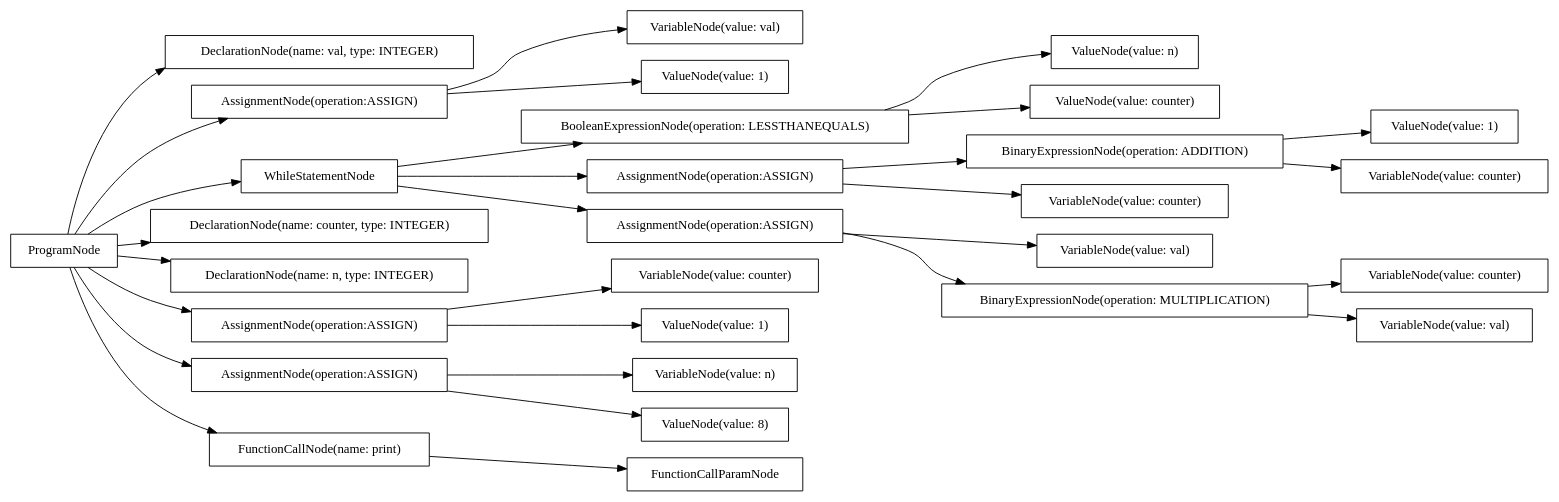
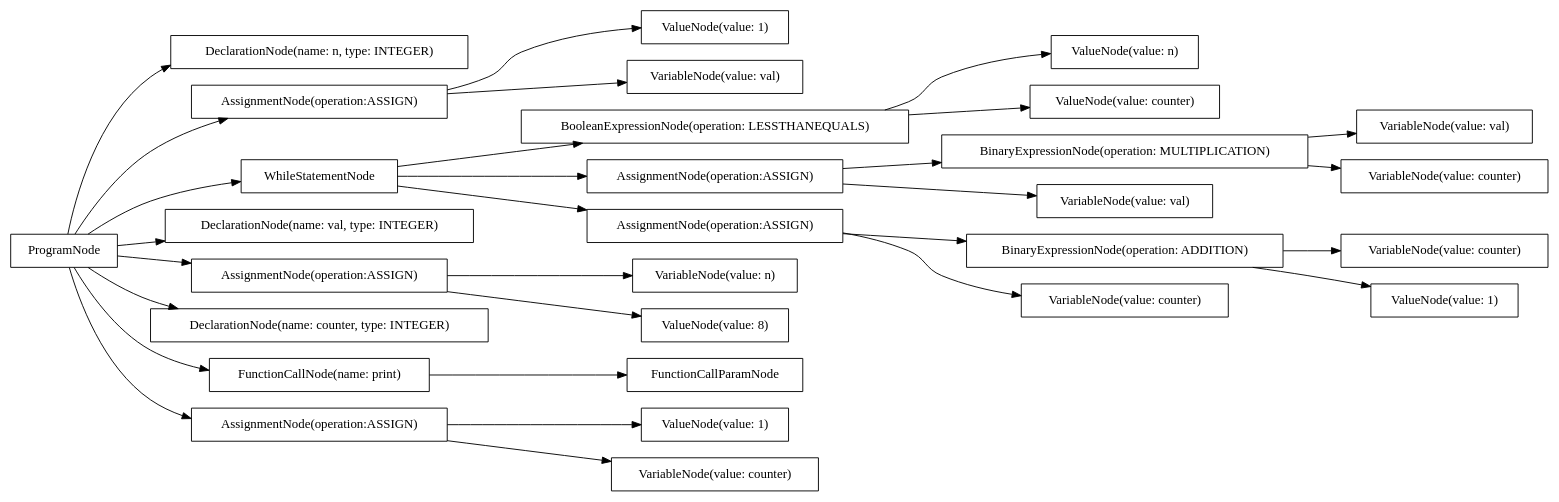
Before and after one commit to AtLeastITry/ANTLR-Python-Compiler: the diagram in src/output/dot/factorial.dot, drawn with Graphviz. The commit also changed 158 other files, not shown here.

```diff
--- a/src/output/dot/factorial.dot
+++ b/src/output/dot/factorial.dot
@@ -1,60 +1,60 @@
 digraph G {
 rankdir=LR
-"f8cfbce2-30ae-43c2-a820-a7e2fd7b3cf8" [label="DeclarationNode(name: val, type: INTEGER)" shape="box"];
-"64b37720-c6b8-45d6-ac85-f665cb10f6cc" [label="ValueNode(value: n)" shape="box"];
-"6b18e049-71f8-415d-b141-38cf7b669e19" [label="VariableNode(value: val)" shape="box"];
-"2b1aba3d-4f63-4f45-b8cd-f1e2370416ec" [label="ValueNode(value: 1)" shape="box"];
-"86cb04ed-694b-446d-a1ac-94e9e5c720c4" [label="VariableNode(value: counter)" shape="box"];
-"91133d2c-4d75-445e-af9b-0715fa2c2f30" [label="FunctionCallParamNode" shape="box"];
-"e8ed9464-a5f4-4350-955c-2956333b1554" [label="BinaryExpressionNode(operation: ADDITION)" shape="box"];
-"26db1778-60a9-408f-a289-7f45e0cce40e" [label="BooleanExpressionNode(operation: LESSTHANEQUALS)" shape="box"];
-"70209f5c-b9f5-49da-a56f-0ba18f87ed57" [label="AssignmentNode(operation:ASSIGN)" shape="box"];
-"061e845f-26f6-445c-a76f-34698f9102b3" [label="ValueNode(value: counter)" shape="box"];
-"b744151b-155c-4d46-841f-bec9d83f7fbc" [label="ValueNode(value: 1)" shape="box"];
-"f0c0fbbe-f2c7-4603-b2f6-f9f0a1ad7103" [label="VariableNode(value: n)" shape="box"];
-"1dd96569-57b9-487b-94e8-6acb14c18f46" [label="AssignmentNode(operation:ASSIGN)" shape="box"];
-"c973b78c-c1c3-4a80-a9ee-4d5332475e50" [label="VariableNode(value: val)" shape="box"];
-"a133177b-d76c-455a-83cc-3cda24a06a9f" [label="AssignmentNode(operation:ASSIGN)" shape="box"];
-"b4adac8a-dd41-4557-9127-2619a18935e6" [label="WhileStatementNode" shape="box"];
-"c04ef815-8f24-4c3b-8a60-c43d4a963cec" [label="DeclarationNode(name: counter, type: INTEGER)" shape="box"];
-"abbabc2e-34a8-412c-a13f-afaa0fe6d747" [label="DeclarationNode(name: n, type: INTEGER)" shape="box"];
-"866d3da2-8ac4-433e-97f6-5a4b4f4d26ed" [label="AssignmentNode(operation:ASSIGN)" shape="box"];
-"93886b37-8b1b-431a-9e94-cd67327f6a9a" [label="VariableNode(value: counter)" shape="box"];
-"6f07f1f1-7f25-46e7-8c65-b919caa21786" [label="AssignmentNode(operation:ASSIGN)" shape="box"];
-"387e690b-3d0f-4c92-aaac-7cfb0a813a12" [label="VariableNode(value: counter)" shape="box"];
-"e01184f6-ff38-4c59-b063-14eff49a6c61" [label="FunctionCallNode(name: print)" shape="box"];
-"569d7143-8894-436c-ad9d-c88824063b46" [label="ValueNode(value: 8)" shape="box"];
-"e4aedc0a-271b-45b7-899c-e84ce39adab4" [label="ProgramNode" shape="box"];
-"e8367766-290f-4cd7-8be5-de4281c168d7" [label="BinaryExpressionNode(operation: MULTIPLICATION)" shape="box"];
-"4ad0a625-0cbc-48e5-bd4d-5362409d8825" [label="VariableNode(value: counter)" shape="box"];
-"b4f94853-1311-44f8-a29e-ab8c9f82f86f" [label="VariableNode(value: val)" shape="box"];
-"9558eed1-3c01-4b43-9cd0-c891909c30eb" [label="ValueNode(value: 1)" shape="box"];
-"e4aedc0a-271b-45b7-899c-e84ce39adab4" -> "abbabc2e-34a8-412c-a13f-afaa0fe6d747";
-"e4aedc0a-271b-45b7-899c-e84ce39adab4" -> "f8cfbce2-30ae-43c2-a820-a7e2fd7b3cf8";
-"e4aedc0a-271b-45b7-899c-e84ce39adab4" -> "c04ef815-8f24-4c3b-8a60-c43d4a963cec";
-"e4aedc0a-271b-45b7-899c-e84ce39adab4" -> "6f07f1f1-7f25-46e7-8c65-b919caa21786";
-"6f07f1f1-7f25-46e7-8c65-b919caa21786" -> "f0c0fbbe-f2c7-4603-b2f6-f9f0a1ad7103";
-"6f07f1f1-7f25-46e7-8c65-b919caa21786" -> "569d7143-8894-436c-ad9d-c88824063b46";
-"e4aedc0a-271b-45b7-899c-e84ce39adab4" -> "a133177b-d76c-455a-83cc-3cda24a06a9f";
-"a133177b-d76c-455a-83cc-3cda24a06a9f" -> "6b18e049-71f8-415d-b141-38cf7b669e19";
-"a133177b-d76c-455a-83cc-3cda24a06a9f" -> "2b1aba3d-4f63-4f45-b8cd-f1e2370416ec";
-"e4aedc0a-271b-45b7-899c-e84ce39adab4" -> "866d3da2-8ac4-433e-97f6-5a4b4f4d26ed";
-"866d3da2-8ac4-433e-97f6-5a4b4f4d26ed" -> "86cb04ed-694b-446d-a1ac-94e9e5c720c4";
-"866d3da2-8ac4-433e-97f6-5a4b4f4d26ed" -> "9558eed1-3c01-4b43-9cd0-c891909c30eb";
-"e4aedc0a-271b-45b7-899c-e84ce39adab4" -> "b4adac8a-dd41-4557-9127-2619a18935e6";
-"b4adac8a-dd41-4557-9127-2619a18935e6" -> "26db1778-60a9-408f-a289-7f45e0cce40e";
-"26db1778-60a9-408f-a289-7f45e0cce40e" -> "061e845f-26f6-445c-a76f-34698f9102b3";
-"26db1778-60a9-408f-a289-7f45e0cce40e" -> "64b37720-c6b8-45d6-ac85-f665cb10f6cc";
-"b4adac8a-dd41-4557-9127-2619a18935e6" -> "1dd96569-57b9-487b-94e8-6acb14c18f46";
-"1dd96569-57b9-487b-94e8-6acb14c18f46" -> "c973b78c-c1c3-4a80-a9ee-4d5332475e50";
-"1dd96569-57b9-487b-94e8-6acb14c18f46" -> "e8367766-290f-4cd7-8be5-de4281c168d7";
-"e8367766-290f-4cd7-8be5-de4281c168d7" -> "b4f94853-1311-44f8-a29e-ab8c9f82f86f";
-"e8367766-290f-4cd7-8be5-de4281c168d7" -> "93886b37-8b1b-431a-9e94-cd67327f6a9a";
-"b4adac8a-dd41-4557-9127-2619a18935e6" -> "70209f5c-b9f5-49da-a56f-0ba18f87ed57";
-"70209f5c-b9f5-49da-a56f-0ba18f87ed57" -> "4ad0a625-0cbc-48e5-bd4d-5362409d8825";
-"70209f5c-b9f5-49da-a56f-0ba18f87ed57" -> "e8ed9464-a5f4-4350-955c-2956333b1554";
-"e8ed9464-a5f4-4350-955c-2956333b1554" -> "387e690b-3d0f-4c92-aaac-7cfb0a813a12";
-"e8ed9464-a5f4-4350-955c-2956333b1554" -> "b744151b-155c-4d46-841f-bec9d83f7fbc";
-"e4aedc0a-271b-45b7-899c-e84ce39adab4" -> "e01184f6-ff38-4c59-b063-14eff49a6c61";
-"e01184f6-ff38-4c59-b063-14eff49a6c61" -> "91133d2c-4d75-445e-af9b-0715fa2c2f30";
+"68c5933f-2069-454f-8bb2-ee48fbdb643c" [label="DeclarationNode(name: n, type: INTEGER)" shape="box"];
+"23cc881a-5896-4d45-9f3c-81e5ab8a11d7" [label="VariableNode(value: n)" shape="box"];
+"b94f4906-f63e-4e95-970b-37c44c4d40a4" [label="ValueNode(value: 8)" shape="box"];
+"87c1d130-fdb6-4cf4-8337-e938e777a94f" [label="ValueNode(value: 1)" shape="box"];
+"675e0e3b-4379-4485-ac44-00aef6bf8b08" [label="VariableNode(value: counter)" shape="box"];
+"a8eb88c5-3647-4390-a1f6-120c62fceb38" [label="ValueNode(value: 1)" shape="box"];
+"b1801718-0b16-4da5-bdaf-ea3cba615a51" [label="VariableNode(value: val)" shape="box"];
+"8525f972-ad98-44b7-a4b0-86251ce707c6" [label="ValueNode(value: n)" shape="box"];
+"85e5721f-74c6-4e2e-92d9-6ec2e54a368f" [label="BinaryExpressionNode(operation: ADDITION)" shape="box"];
+"8ea198d3-e156-4d52-a909-b9fd554c5a43" [label="AssignmentNode(operation:ASSIGN)" shape="box"];
+"cc6dea72-0b2a-4c75-a6ce-1f7d0651f4ed" [label="BinaryExpressionNode(operation: MULTIPLICATION)" shape="box"];
+"218ded62-ab20-4812-a075-1aa52974e8a8" [label="FunctionCallParamNode" shape="box"];
+"26c0be56-3717-4979-9b93-0bd2db8bbee4" [label="WhileStatementNode" shape="box"];
+"9fc43782-eb6b-491b-8454-5d8948256ad9" [label="ValueNode(value: counter)" shape="box"];
+"3cecec2d-127c-4dd1-8456-f160b32b6429" [label="BooleanExpressionNode(operation: LESSTHANEQUALS)" shape="box"];
+"6b33a184-0028-4643-b46f-2fd31e44e63c" [label="VariableNode(value: counter)" shape="box"];
+"ac78fa20-0aaa-4fc6-9cff-eaa9ccfaf803" [label="VariableNode(value: counter)" shape="box"];
+"7e7b4146-ccbd-4b6d-b387-abd4c6c45626" [label="DeclarationNode(name: val, type: INTEGER)" shape="box"];
+"30767e4f-d3f6-4ce8-987d-6cd9dc69ba37" [label="AssignmentNode(operation:ASSIGN)" shape="box"];
+"31966f4e-f155-4b20-a1c3-03765ec5fdbd" [label="AssignmentNode(operation:ASSIGN)" shape="box"];
+"04355ff9-999e-43c6-b856-36d2708995bd" [label="ProgramNode" shape="box"];
+"3c06a5f8-22bb-4bb9-a613-c1a036dcb17b" [label="DeclarationNode(name: counter, type: INTEGER)" shape="box"];
+"90ada634-04e0-4bba-847a-c3eb9b1f52e5" [label="ValueNode(value: 1)" shape="box"];
+"e465722c-5eb1-482c-8fd5-fafaec9bb94f" [label="VariableNode(value: val)" shape="box"];
+"fad2ac52-94b2-4ce0-95de-b736279357df" [label="FunctionCallNode(name: print)" shape="box"];
+"f030c749-241f-4bc3-a280-fbd6c88ecd80" [label="AssignmentNode(operation:ASSIGN)" shape="box"];
+"3375d81a-59c0-427f-bfba-b35f444e9dc6" [label="VariableNode(value: counter)" shape="box"];
+"bfde6f2b-cc9d-47d3-8cb0-2baf9c94224e" [label="AssignmentNode(operation:ASSIGN)" shape="box"];
+"49eb1fb7-755d-4ef9-acc4-e738207bb5c0" [label="VariableNode(value: val)" shape="box"];
+"04355ff9-999e-43c6-b856-36d2708995bd" -> "68c5933f-2069-454f-8bb2-ee48fbdb643c";
+"04355ff9-999e-43c6-b856-36d2708995bd" -> "7e7b4146-ccbd-4b6d-b387-abd4c6c45626";
+"04355ff9-999e-43c6-b856-36d2708995bd" -> "3c06a5f8-22bb-4bb9-a613-c1a036dcb17b";
+"04355ff9-999e-43c6-b856-36d2708995bd" -> "31966f4e-f155-4b20-a1c3-03765ec5fdbd";
+"31966f4e-f155-4b20-a1c3-03765ec5fdbd" -> "23cc881a-5896-4d45-9f3c-81e5ab8a11d7";
+"31966f4e-f155-4b20-a1c3-03765ec5fdbd" -> "b94f4906-f63e-4e95-970b-37c44c4d40a4";
+"04355ff9-999e-43c6-b856-36d2708995bd" -> "8ea198d3-e156-4d52-a909-b9fd554c5a43";
+"8ea198d3-e156-4d52-a909-b9fd554c5a43" -> "49eb1fb7-755d-4ef9-acc4-e738207bb5c0";
+"8ea198d3-e156-4d52-a909-b9fd554c5a43" -> "a8eb88c5-3647-4390-a1f6-120c62fceb38";
+"04355ff9-999e-43c6-b856-36d2708995bd" -> "f030c749-241f-4bc3-a280-fbd6c88ecd80";
+"f030c749-241f-4bc3-a280-fbd6c88ecd80" -> "3375d81a-59c0-427f-bfba-b35f444e9dc6";
+"f030c749-241f-4bc3-a280-fbd6c88ecd80" -> "87c1d130-fdb6-4cf4-8337-e938e777a94f";
+"04355ff9-999e-43c6-b856-36d2708995bd" -> "26c0be56-3717-4979-9b93-0bd2db8bbee4";
+"26c0be56-3717-4979-9b93-0bd2db8bbee4" -> "3cecec2d-127c-4dd1-8456-f160b32b6429";
+"3cecec2d-127c-4dd1-8456-f160b32b6429" -> "9fc43782-eb6b-491b-8454-5d8948256ad9";
+"3cecec2d-127c-4dd1-8456-f160b32b6429" -> "8525f972-ad98-44b7-a4b0-86251ce707c6";
+"26c0be56-3717-4979-9b93-0bd2db8bbee4" -> "30767e4f-d3f6-4ce8-987d-6cd9dc69ba37";
+"30767e4f-d3f6-4ce8-987d-6cd9dc69ba37" -> "e465722c-5eb1-482c-8fd5-fafaec9bb94f";
+"30767e4f-d3f6-4ce8-987d-6cd9dc69ba37" -> "cc6dea72-0b2a-4c75-a6ce-1f7d0651f4ed";
+"cc6dea72-0b2a-4c75-a6ce-1f7d0651f4ed" -> "b1801718-0b16-4da5-bdaf-ea3cba615a51";
+"cc6dea72-0b2a-4c75-a6ce-1f7d0651f4ed" -> "ac78fa20-0aaa-4fc6-9cff-eaa9ccfaf803";
+"26c0be56-3717-4979-9b93-0bd2db8bbee4" -> "bfde6f2b-cc9d-47d3-8cb0-2baf9c94224e";
+"bfde6f2b-cc9d-47d3-8cb0-2baf9c94224e" -> "6b33a184-0028-4643-b46f-2fd31e44e63c";
+"bfde6f2b-cc9d-47d3-8cb0-2baf9c94224e" -> "85e5721f-74c6-4e2e-92d9-6ec2e54a368f";
+"85e5721f-74c6-4e2e-92d9-6ec2e54a368f" -> "675e0e3b-4379-4485-ac44-00aef6bf8b08";
+"85e5721f-74c6-4e2e-92d9-6ec2e54a368f" -> "90ada634-04e0-4bba-847a-c3eb9b1f52e5";
+"04355ff9-999e-43c6-b856-36d2708995bd" -> "fad2ac52-94b2-4ce0-95de-b736279357df";
+"fad2ac52-94b2-4ce0-95de-b736279357df" -> "218ded62-ab20-4812-a075-1aa52974e8a8";
 }
```
